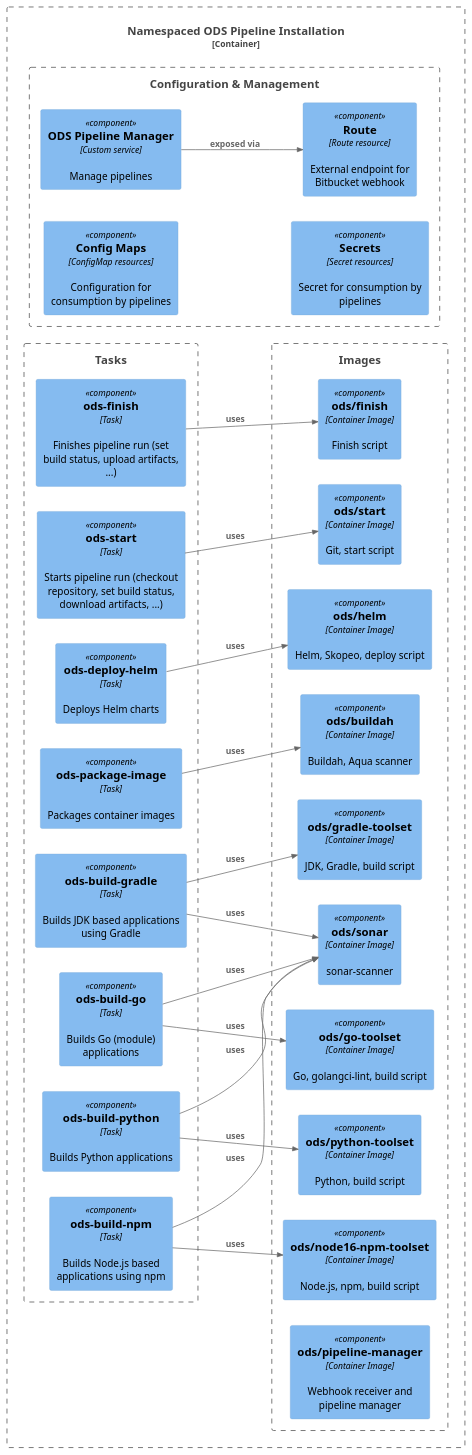
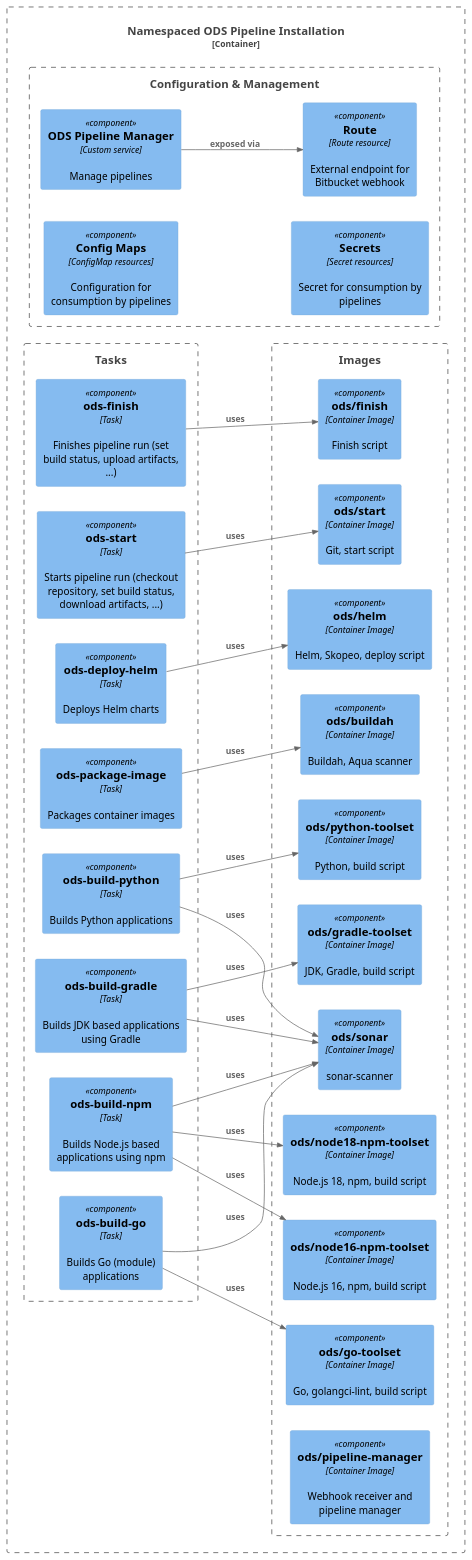
Before and after one commit to opendevstack/ods-pipeline: the diagram in docs/architecture/component-namespaced-installation.puml, drawn with PlantUML. The commit also changed 12 other files, not shown here.

Commit message:
added node18 image

```diff
--- a/docs/architecture/component-namespaced-installation.puml
+++ b/docs/architecture/component-namespaced-installation.puml
@@ -1,68 +1,70 @@
 @startuml "namespaced-installation"
 !include https://raw.githubusercontent.com/plantuml-stdlib/C4-PlantUML/master/C4.puml
 !include https://raw.githubusercontent.com/plantuml-stdlib/C4-PlantUML/master/C4_Container.puml
 !include https://raw.githubusercontent.com/plantuml-stdlib/C4-PlantUML/master/C4_Component.puml
 ' uncomment the following line and comment the first to use locally
 ' !include C4_Container.puml
 
 LAYOUT_LEFT_RIGHT()
 
 Container_Boundary(c1, "Namespaced ODS Pipeline Installation"){
     Boundary(config, "Configuration & Management") {
         Component(route, "Route", "Route resource", "External endpoint for Bitbucket webhook")
         Component(ods_pipeline_manager, "ODS Pipeline Manager", "Custom service", "Manage pipelines")
         Component(config_maps, "Config Maps", "ConfigMap resources", "Configuration for consumption by pipelines")
         Component(secrets, "Secrets", "Secret resources", "Secret for consumption by pipelines")
     }
 
     Boundary(tasks, "Tasks") {
         Component(task_build_go, "ods-build-go", "Task", "Builds Go (module) applications")
         Component(task_build_npm, "ods-build-npm", "Task", "Builds Node.js based applications using npm")
         Component(task_build_python, "ods-build-python", "Task", "Builds Python applications")
         Component(task_build_gradle, "ods-build-gradle", "Task", "Builds JDK based applications using Gradle")
         Component(task_package_image, "ods-package-image", "Task", "Packages container images")
         Component(task_deploy_helm, "ods-deploy-helm", "Task", "Deploys Helm charts")
         Component(task_start, "ods-start", "Task", "Starts pipeline run (checkout repository, set build status, download artifacts, ...)")
         Component(task_finish, "ods-finish", "Task", "Finishes pipeline run (set build status, upload artifacts, ...)")
     }
 
     Boundary(images, "Images") {
         Component(image_go_toolset, "ods/go-toolset", "Container Image", "Go, golangci-lint, build script")
-        Component(image_node16_npm_toolset, "ods/node16-npm-toolset", "Container Image", "Node.js, npm, build script")
+        Component(image_node16_npm_toolset, "ods/node16-npm-toolset", "Container Image", "Node.js 16, npm, build script")
+        Component(image_node18_npm_toolset, "ods/node18-npm-toolset", "Container Image", "Node.js 18, npm, build script")
         Component(image_python_toolset, "ods/python-toolset", "Container Image", "Python, build script")
         Component(image_gradle_toolset, "ods/gradle-toolset", "Container Image", "JDK, Gradle, build script")
         Component(image_buildah, "ods/buildah", "Container Image", "Buildah, Aqua scanner")
         Component(image_helm, "ods/helm", "Container Image", "Helm, Skopeo, deploy script")
         Component(image_start, "ods/start", "Container Image", "Git, start script")
         Component(image_finish, "ods/finish", "Container Image", "Finish script")
         Component(image_sonar, "ods/sonar", "Container Image", "sonar-scanner")
         Component(image_pipeline_manager, "ods/pipeline-manager", "Container Image", "Webhook receiver and pipeline manager")
     }
 
 }
 
 Rel(task_build_go, image_go_toolset, "uses")
 Rel(task_build_go, image_sonar, "uses")
 
 Rel(task_build_npm, image_node16_npm_toolset, "uses")
+Rel(task_build_npm, image_node18_npm_toolset, "uses")
 Rel(task_build_npm, image_sonar, "uses")
 
 Rel(task_build_python, image_python_toolset, "uses")
 Rel(task_build_python, image_sonar, "uses")
 
 Rel(task_build_gradle, image_gradle_toolset, "uses")
 Rel(task_build_gradle, image_sonar, "uses")
 
 Rel(task_package_image, image_buildah, "uses")
 
 Rel(task_deploy_helm, image_helm, "uses")
 
 Rel(task_start, image_start, "uses")
 
 Rel(task_finish, image_finish, "uses")
 
 Rel(ods_pipeline_manager, route, "exposed via")
 
 config_maps -[hidden]- secrets
 
 @enduml
```
